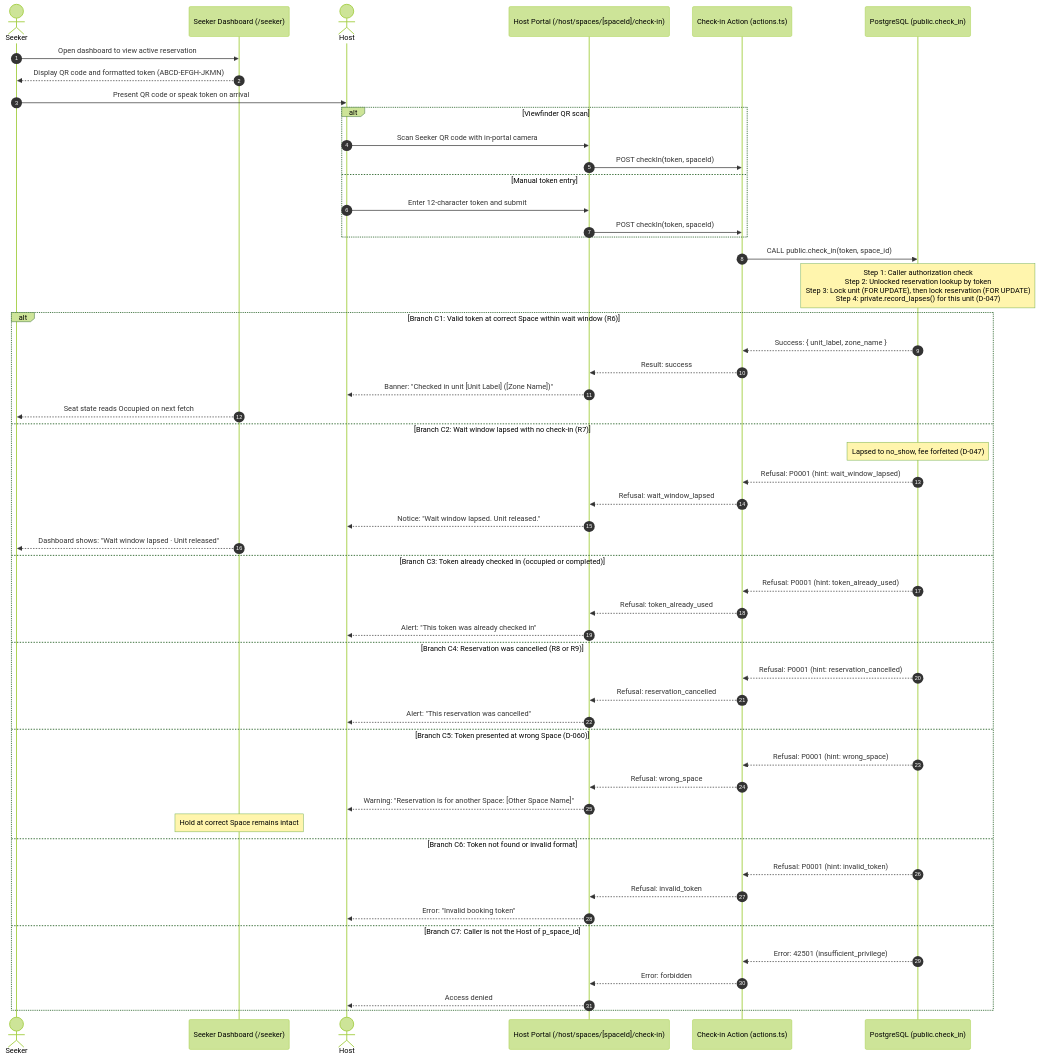
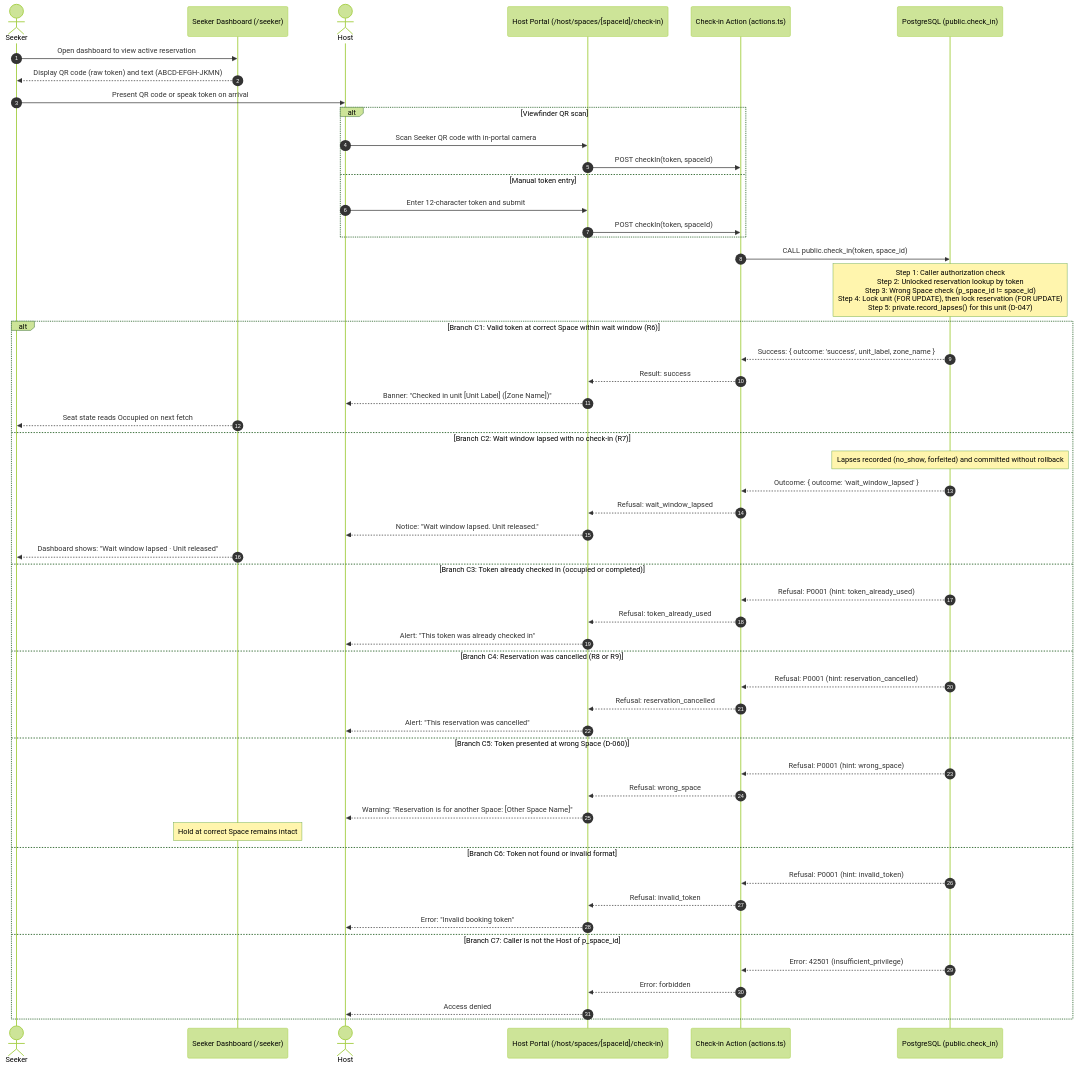
Before and after one commit to dreeyanzz/studyhub: the diagram in docs/flows/check-in.md, drawn with Mermaid (forest theme). The commit also changed other lines of this file and 1 other file, not shown here.

Commit message:
docs(STORY-00): resolve re-review findings on check-in flow

````diff
--- a/docs/flows/check-in.md
+++ b/docs/flows/check-in.md
@@ -79,59 +90,59 @@
 ```mermaid
 sequenceDiagram
     autonumber
     actor Seeker
     participant SeekerUI as Seeker Dashboard (/seeker)
     actor Host
     participant HostUI as Host Portal (/host/spaces/[spaceId]/check-in)
     participant Action as Check-in Action (actions.ts)
     participant DB as PostgreSQL (public.check_in)
 
     Seeker->>SeekerUI: Open dashboard to view active reservation
-    SeekerUI-->>Seeker: Display QR code and formatted token (ABCD-EFGH-JKMN)
+    SeekerUI-->>Seeker: Display QR code (raw token) and text (ABCD-EFGH-JKMN)
     Seeker->>Host: Present QR code or speak token on arrival
 
     alt Viewfinder QR scan
         Host->>HostUI: Scan Seeker QR code with in-portal camera
         HostUI->>Action: POST checkIn(token, spaceId)
     else Manual token entry
         Host->>HostUI: Enter 12-character token and submit
         HostUI->>Action: POST checkIn(token, spaceId)
     end
 
     Action->>DB: CALL public.check_in(token, space_id)
-    Note over DB: Step 1: Caller authorization check<br/>Step 2: Unlocked reservation lookup by token<br/>Step 3: Lock unit (FOR UPDATE), then lock reservation (FOR UPDATE)<br/>Step 4: private.record_lapses() for this unit (D-047)
+    Note over DB: Step 1: Caller authorization check<br/>Step 2: Unlocked reservation lookup by token<br/>Step 3: Wrong Space check (p_space_id != space_id)<br/>Step 4: Lock unit (FOR UPDATE), then lock reservation (FOR UPDATE)<br/>Step 5: private.record_lapses() for this unit (D-047)
 
     alt Branch C1: Valid token at correct Space within wait window (R6)
-        DB-->>Action: Success: { unit_label, zone_name }
+        DB-->>Action: Success: { outcome: 'success', unit_label, zone_name }
         Action-->>HostUI: Result: success
         HostUI-->>Host: Banner: "Checked in unit [Unit Label] ([Zone Name])"
         SeekerUI-->>Seeker: Seat state reads Occupied on next fetch
     else Branch C2: Wait window lapsed with no check-in (R7)
-        Note over DB: Lapsed to no_show, fee forfeited (D-047)
-        DB-->>Action: Refusal: P0001 (hint: wait_window_lapsed)
+        Note over DB: Lapses recorded (no_show, forfeited) and committed without rollback
+        DB-->>Action: Outcome: { outcome: 'wait_window_lapsed' }
         Action-->>HostUI: Refusal: wait_window_lapsed
         HostUI-->>Host: Notice: "Wait window lapsed. Unit released."
         SeekerUI-->>Seeker: Dashboard shows: "Wait window lapsed · Unit released"
     else Branch C3: Token already checked in (occupied or completed)
         DB-->>Action: Refusal: P0001 (hint: token_already_used)
         Action-->>HostUI: Refusal: token_already_used
         HostUI-->>Host: Alert: "This token was already checked in"
     else Branch C4: Reservation was cancelled (R8 or R9)
         DB-->>Action: Refusal: P0001 (hint: reservation_cancelled)
         Action-->>HostUI: Refusal: reservation_cancelled
         HostUI-->>Host: Alert: "This reservation was cancelled"
     else Branch C5: Token presented at wrong Space (D-060)
         DB-->>Action: Refusal: P0001 (hint: wrong_space)
         Action-->>HostUI: Refusal: wrong_space
         HostUI-->>Host: Warning: "Reservation is for another Space: [Other Space Name]"
         Note over SeekerUI: Hold at correct Space remains intact
     else Branch C6: Token not found or invalid format
         DB-->>Action: Refusal: P0001 (hint: invalid_token)
         Action-->>HostUI: Refusal: invalid_token
         HostUI-->>Host: Error: "Invalid booking token"
     else Branch C7: Caller is not the Host of p_space_id
         DB-->>Action: Error: 42501 (insufficient_privilege)
         Action-->>HostUI: Error: forbidden
         HostUI-->>Host: Access denied
     end
 ```
````
